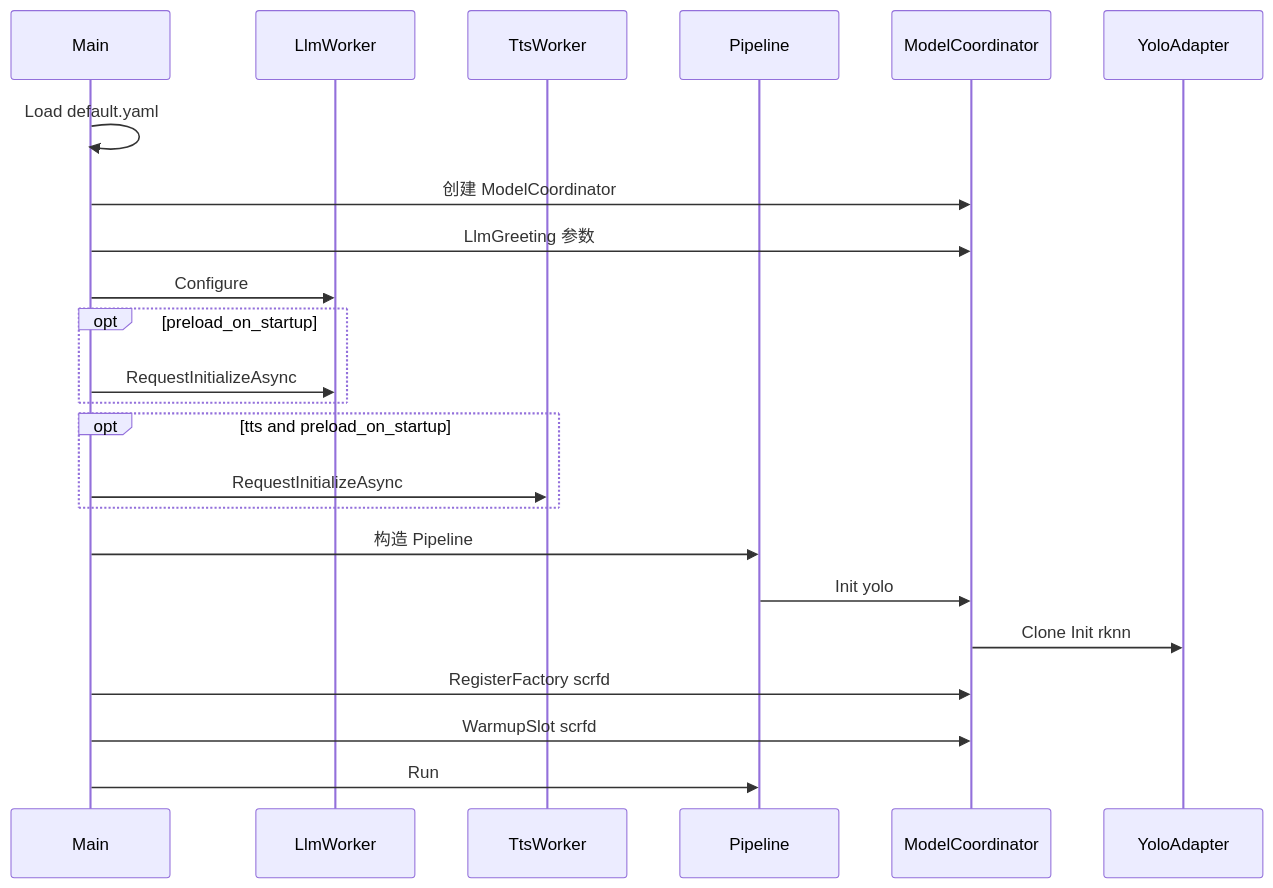
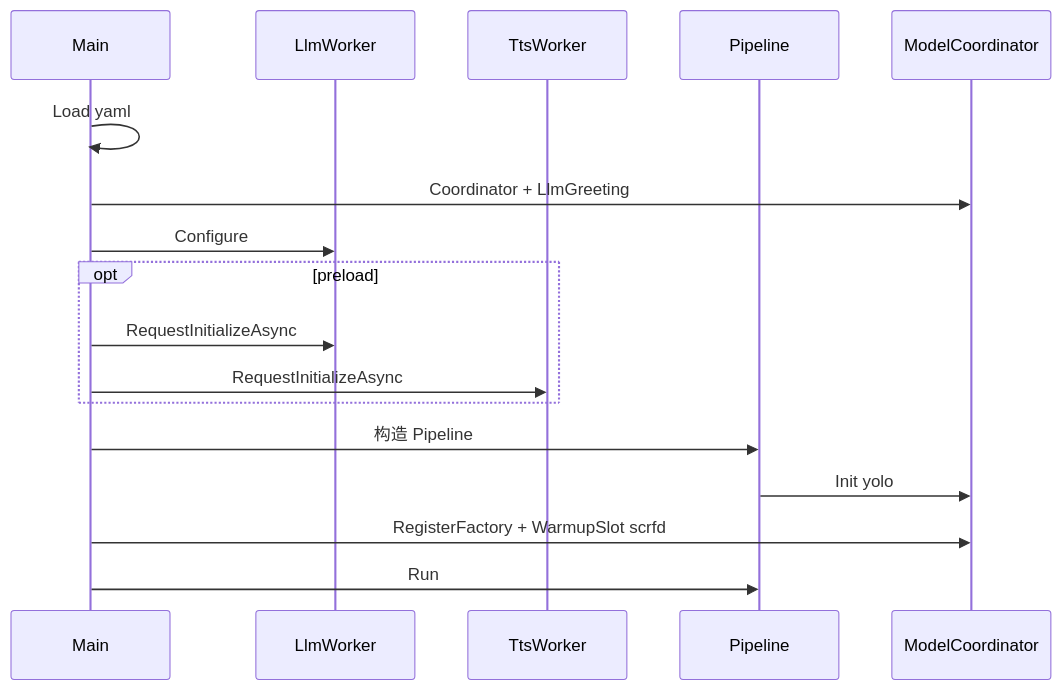
One commit to kyshipit/eai-rk3588 changed the second of 3 diagrams in docs/系统架构与运行逻辑.md. Above: the diagram before and after it, drawn with Mermaid. The commit also changed other lines of this file and 13 other files, not shown here.

````diff
--- a/docs/系统架构与运行逻辑.md
+++ b/docs/系统架构与运行逻辑.md
@@ -128,26 +121,19 @@
 ```mermaid
 sequenceDiagram
     participant Main
     participant LLM as LlmWorker
     participant TTS as TtsWorker
     participant Pipe as Pipeline
     participant MC as ModelCoordinator
-    participant YOLO as YoloAdapter
-
-    Main->>Main: Load default.yaml
-    Main->>MC: 创建 ModelCoordinator
-    Main->>MC: LlmGreeting 参数
+    Main->>Main: Load yaml
+    Main->>MC: Coordinator + LlmGreeting
     Main->>LLM: Configure
-    opt preload_on_startup
+    opt preload
         Main->>LLM: RequestInitializeAsync
-    end
-    opt tts and preload_on_startup
         Main->>TTS: RequestInitializeAsync
     end
     Main->>Pipe: 构造 Pipeline
     Pipe->>MC: Init yolo
-    MC->>YOLO: Clone Init rknn
-    Main->>MC: RegisterFactory scrfd
-    Main->>MC: WarmupSlot scrfd
+    Main->>MC: RegisterFactory + WarmupSlot scrfd
     Main->>Pipe: Run
 ```
````
